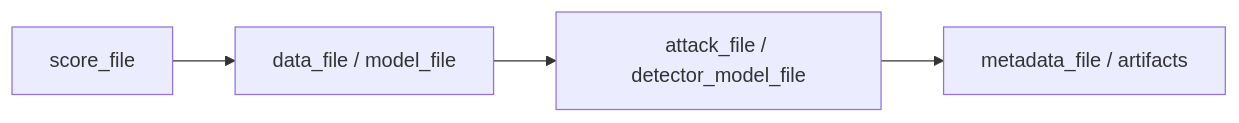
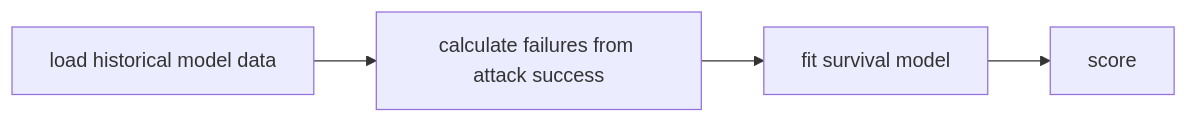
Before and after one commit to simplymathematics/deckard: diagram 16 of 18 in docs/overview/flowcharts.md, drawn with Mermaid. The commit also changed other lines of this file and 28 other files, not shown here.

````diff
--- a/docs/overview/flowcharts.md
+++ b/docs/overview/flowcharts.md
@@ -288,6 +233,4 @@
 ```mermaid
 flowchart LR
-  A[score_file]:::files --> B[data_file / model_file]:::files
-  B --> C[attack_file / detector_model_file]:::files
-  C --> D[metadata_file / artifacts]:::files
+  A[load historical model data]:::data --> A2[calculate failures from attack success]:::data --> B[fit survival model]:::model --> C[score]:::scores
 ```
````
